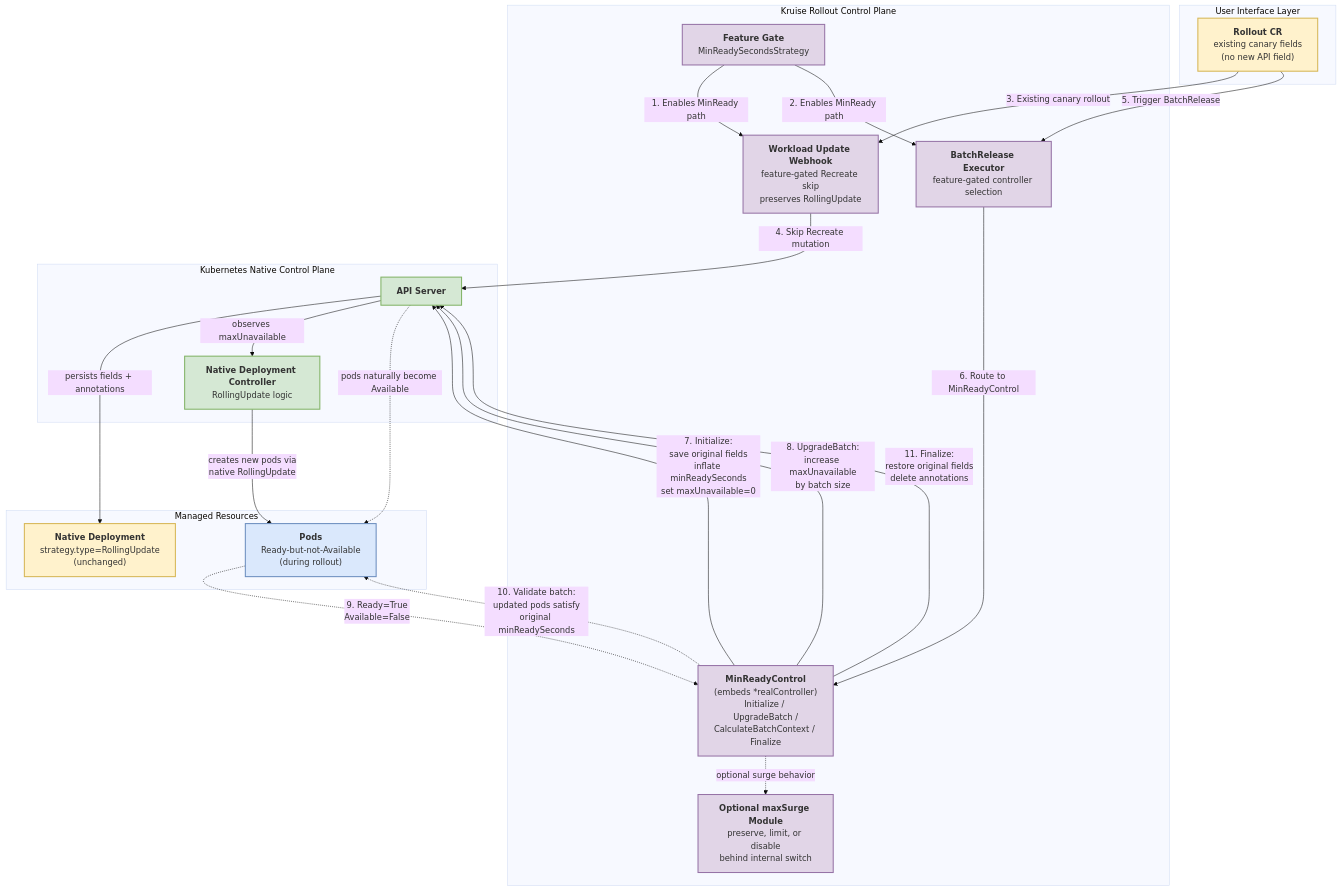
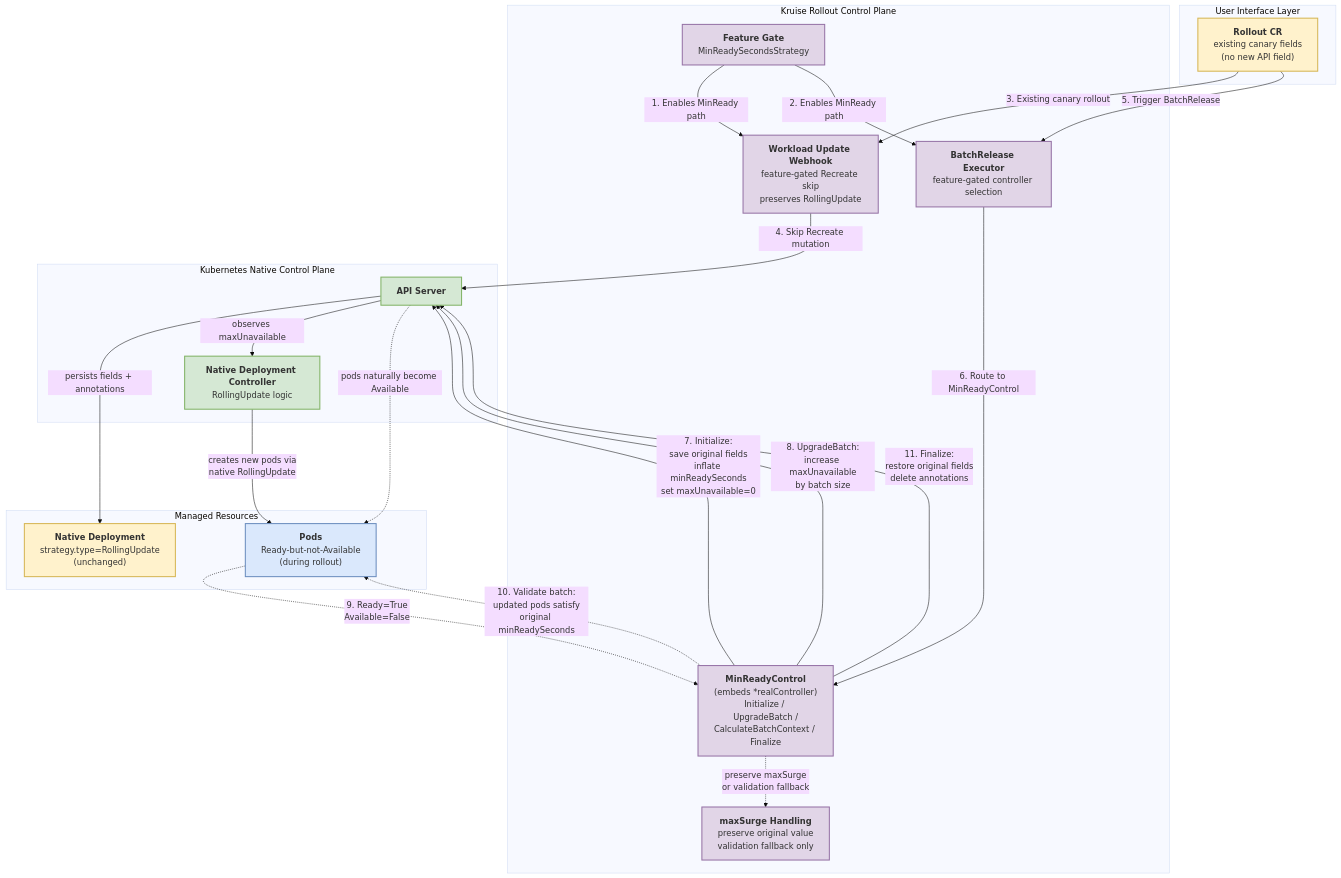
Before and after one commit to openkruise/rollouts: the diagram in docs/proposals/20260315-deployment-minready-seconds-progressive-delivery.md, drawn with Mermaid (base theme). The commit also changed other lines of this file and 17 other files, not shown here.

````diff
--- a/docs/proposals/20260315-deployment-minready-seconds-progressive-delivery.md
+++ b/docs/proposals/20260315-deployment-minready-seconds-progressive-delivery.md
@@ -125,55 +125,55 @@
 ```mermaid
 graph TB
     subgraph "User Interface Layer"
         ROLLOUT["<b>Rollout CR</b><br/>existing canary fields<br/>(no new API field)"]
     end
 
     subgraph "Kruise Rollout Control Plane"
         FG["<b>Feature Gate</b><br/>MinReadySecondsStrategy"]
         WH["<b>Workload Update Webhook</b><br/>feature-gated Recreate skip<br/>preserves RollingUpdate"]
         EX["<b>BatchRelease Executor</b><br/>feature-gated controller selection"]
         MRC["<b>MinReadyControl</b><br/>(embeds *realController)<br/>Initialize / UpgradeBatch /<br/>CalculateBatchContext / Finalize"]
-        MS["<b>Optional maxSurge Module</b><br/>preserve, limit, or disable<br/>behind internal switch"]
+        MS["<b>maxSurge Handling</b><br/>preserve original value<br/>validation fallback only"]
     end
 
     subgraph "Kubernetes Native Control Plane"
         API["<b>API Server</b>"]
         KDC["<b>Native Deployment Controller</b><br/>RollingUpdate logic"]
     end
 
     subgraph "Managed Resources"
         DEP["<b>Native Deployment</b><br/>strategy.type=RollingUpdate<br/>(unchanged)"]
         PODS["<b>Pods</b><br/>Ready-but-not-Available<br/>(during rollout)"]
     end
 
     FG -->|"1. Enables MinReady path"| WH
     FG -->|"2. Enables MinReady path"| EX
     ROLLOUT -->|"3. Existing canary rollout"| WH
     WH -->|"4. Skip Recreate mutation"| API
     ROLLOUT -->|"5. Trigger BatchRelease"| EX
     EX -->|"6. Route to MinReadyControl"| MRC
 
     MRC -->|"7. Initialize:<br/>save original fields<br/>inflate minReadySeconds<br/>set maxUnavailable=0"| API
-    MRC -.->|"optional surge behavior"| MS
+    MRC -.->|"preserve maxSurge<br/>or validation fallback"| MS
     API -->|"persists fields + annotations"| DEP
 
     MRC -->|"8. UpgradeBatch:<br/>increase maxUnavailable<br/>by batch size"| API
     API -->|"observes maxUnavailable"| KDC
     KDC -->|"creates new pods via<br/>native RollingUpdate"| PODS
 
     PODS -.->|"9. Ready=True<br/>Available=False"| MRC
     MRC -.->|"10. Validate batch:<br/>updated pods satisfy<br/>original minReadySeconds"| PODS
 
     MRC -->|"11. Finalize:<br/>restore original fields<br/>delete annotations"| API
     API -.->|"pods naturally become Available"| PODS
 
     classDef userLayer fill:#fff2cc,stroke:#d6b656,stroke-width:2px
     classDef controllerLayer fill:#e1d5e7,stroke:#9673a6,stroke-width:2px
     classDef k8sLayer fill:#d5e8d4,stroke:#82b366,stroke-width:2px
     classDef resourceLayer fill:#dae8fc,stroke:#6c8ebf,stroke-width:2px
 
     class ROLLOUT,DEP userLayer
     class FG,WH,EX,MRC,MS controllerLayer
     class API,KDC k8sLayer
     class PODS resourceLayer
 ```
````
